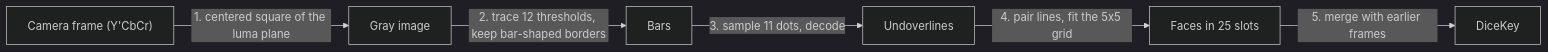
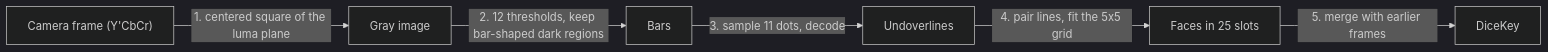
One commit to cafedomingo/dicekeys-app-ios changed the diagram in docs/SCANNING.md. Above: the diagram before and after it, drawn with Mermaid (dark theme). The commit also changed other lines of this file and 8 other files, not shown here.

First line of the commit message:
Find bars as connected dark regions

````diff
--- a/docs/SCANNING.md
+++ b/docs/SCANNING.md
@@ -62,8 +62,8 @@
 ```mermaid
 flowchart LR
     A["Camera frame (Y'CbCr)"] -->|"1. centered square of the luma plane"| B[Gray image]
-    B -->|"2. trace 12 thresholds, keep bar-shaped borders"| C[Bars]
+    B -->|"2. 12 thresholds, keep bar-shaped dark regions"| C[Bars]
     C -->|"3. sample 11 dots, decode"| D[Undoverlines]
     D -->|"4. pair lines, fit the 5x5 grid"| E[Faces in 25 slots]
     E -->|"5. merge with earlier frames"| F[DiceKey]
 ```
````
